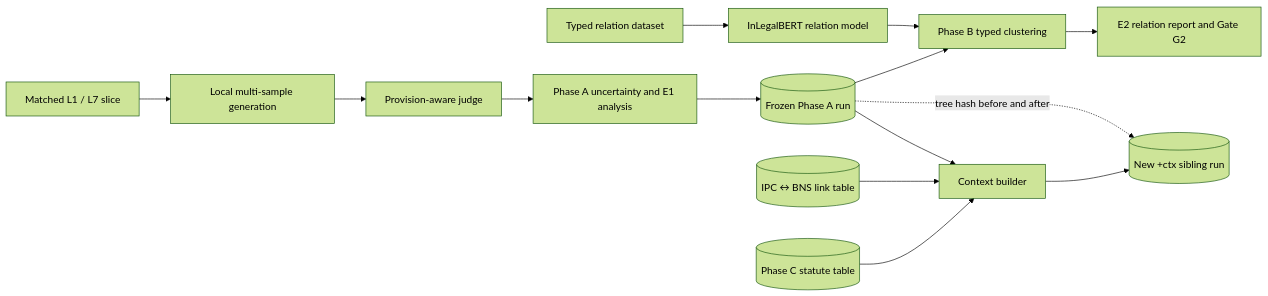
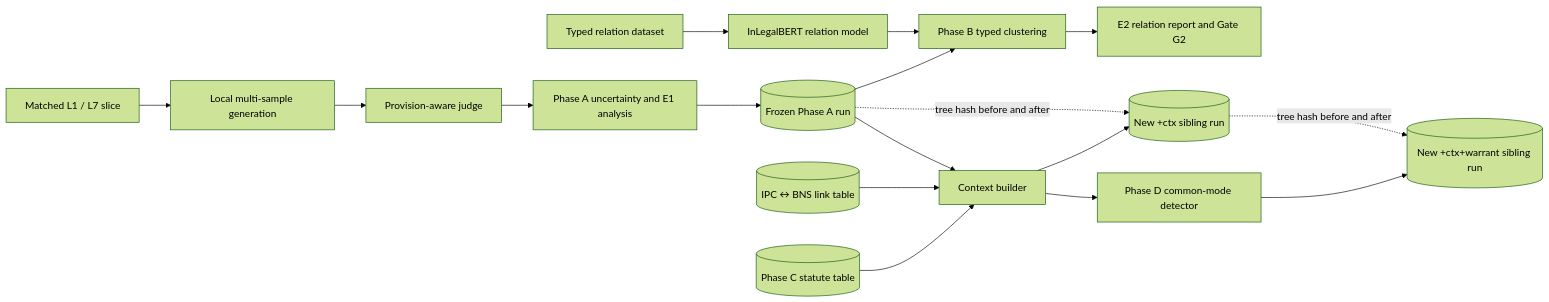
The diagram in README.md (RushikeshMasalkar/jurisuq_code), drawn with Mermaid (forest theme) before and after one commit. The commit also changed other lines of this file and 17 other files, not shown here.

Commit message:
feat(phase-d): add common-mode warrant detector

````diff
--- a/README.md
+++ b/README.md
@@ -276,19 +320,23 @@
 ```mermaid
 flowchart LR
     D[Matched L1 / L7 slice] --> S[Local multi-sample generation]
     S --> J[Provision-aware judge]
     J --> A[Phase A uncertainty and E1 analysis]
     A --> R1[(Frozen Phase A run)]
 
     X[Typed relation dataset] --> M[InLegalBERT relation model]
     R1 --> T[Phase B typed clustering]
     M --> T
     T --> E2[E2 relation report and Gate G2]
 
     ST[(Phase C statute table)] --> C[Context builder]
     LK[(IPC ↔ BNS link table)] --> C
     R1 --> C
     C --> R2[(New +ctx sibling run)]
 
+    C --> W[Phase D common-mode detector]
+    W --> R3[(New +ctx+warrant sibling run)]
+
     R1 -. tree hash before and after .-> R2
+    R2 -. tree hash before and after .-> R3
 ```
````
